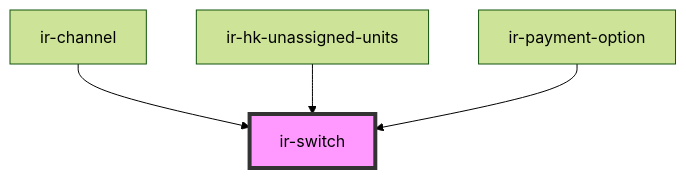
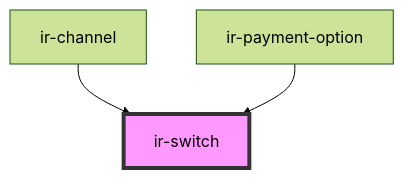
The diagram in src/components/ui/ir-switch/readme.md (RonyRizk/ir-webcmp), drawn with Mermaid (forest theme) before and after one commit. The commit also changed other lines of this file and 88 other files, not shown here.

````diff
--- a/src/components/ui/ir-switch/readme.md
+++ b/src/components/ui/ir-switch/readme.md
@@ -33,7 +32,6 @@
 ```mermaid
 graph TD;
   ir-channel --> ir-switch
-  ir-hk-unassigned-units --> ir-switch
   ir-payment-option --> ir-switch
   style ir-switch fill:#f9f,stroke:#333,stroke-width:4px
 ```
````
